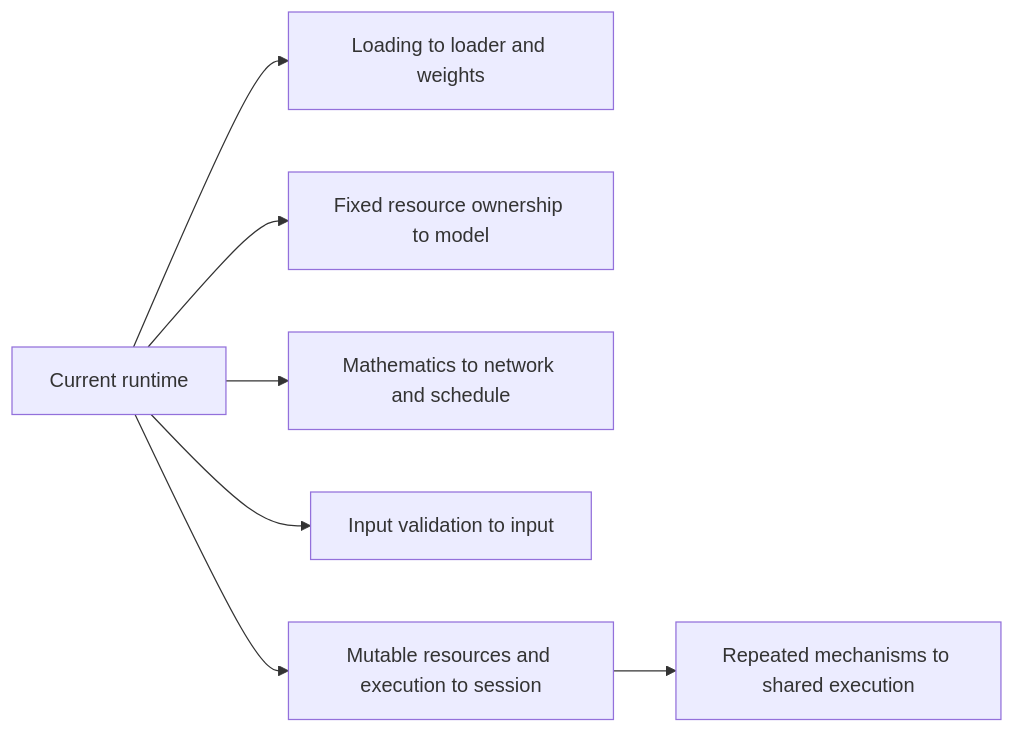
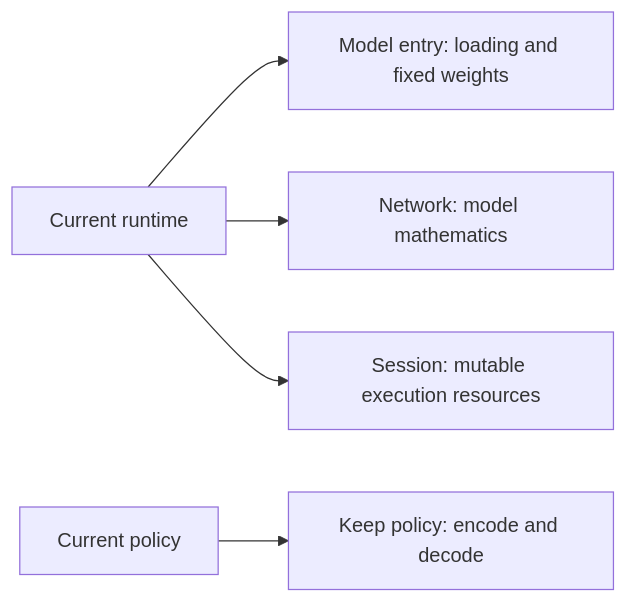
One commit to infinigence/ApxInf changed the third of 4 diagrams in doc/model-lifecycle/architecture.md. Above: the diagram before and after it, drawn with Mermaid. The commit also changed other lines of this file and 1 other file, not shown here.

````diff
--- a/doc/model-lifecycle/architecture.md
+++ b/doc/model-lifecycle/architecture.md
@@ -176,9 +179,7 @@
 ```mermaid
 flowchart LR
-    R[Current runtime] --> L[Loading to loader and weights]
-    R --> M[Fixed resource ownership to model]
-    R --> N[Mathematics to network and schedule]
-    R --> I[Input validation to input]
-    R --> E[Mutable resources and execution to session]
-    E --> C[Repeated mechanisms to shared execution]
+    R[Current runtime] --> M[Model entry: loading and fixed weights]
+    R --> N[Network: model mathematics]
+    R --> S[Session: mutable execution resources]
+    P[Current policy] --> P2[Keep policy: encode and decode]
 ```
````
